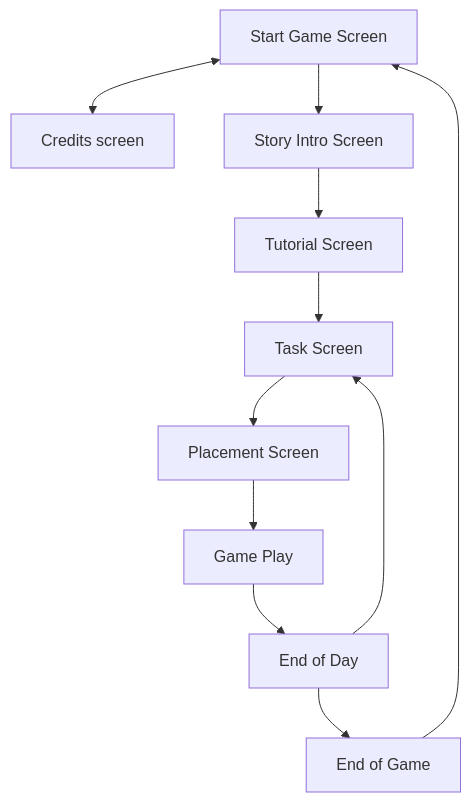
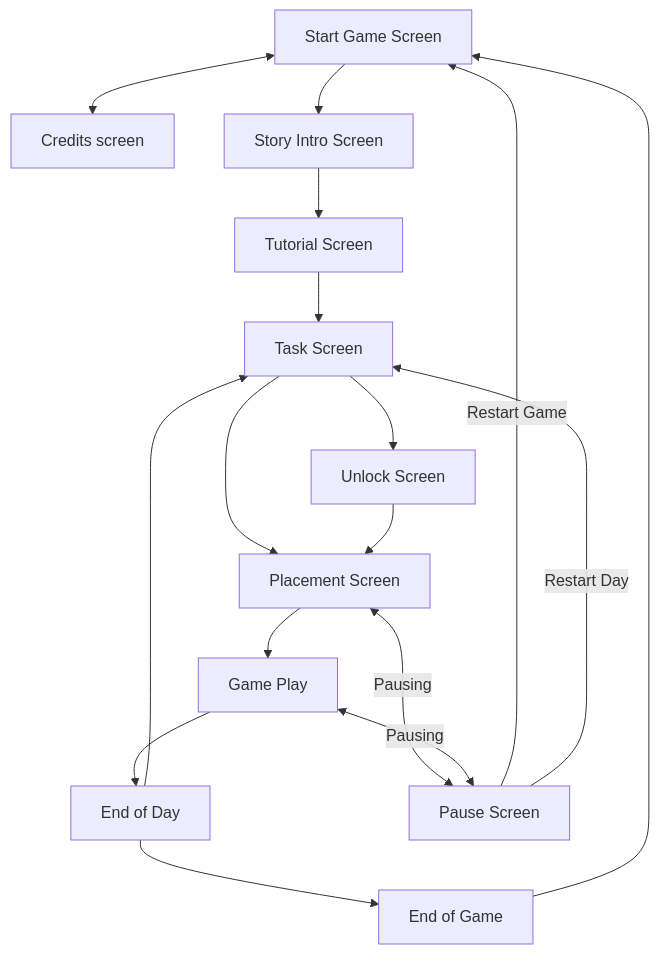
The first of 2 diagrams in README.md (nickolasddiaz/To-be-King), drawn with Mermaid before and after one commit. The commit also changed other lines of this file and 46 other files, not shown here.

Commit message:
Added a pause menu and a unlock building screen

````diff
--- a/README.md
+++ b/README.md
@@ -71,13 +71,19 @@
 ```mermaid
 graph TD;
     A["Start Game Screen"] <--> B["Credits screen"]
     A --> C["Story Intro Screen"]
     C --> D["Tutorial Screen"]
     D --> E["Task Screen"]
+    E --> J["Unlock Screen"]
     E --> F["Placement Screen"]
+    J --> F
     F --> G["Game Play"]
     G --> I["End of Day"]
     I --> E
     I --> K["End of Game"]
     K --> A
+    F <--> |Pausing| L["Pause Screen"]
+    G <--> |Pausing| L
+    L --> |Restart Game| A
+    L --> |Restart Day| E
 ```
````
